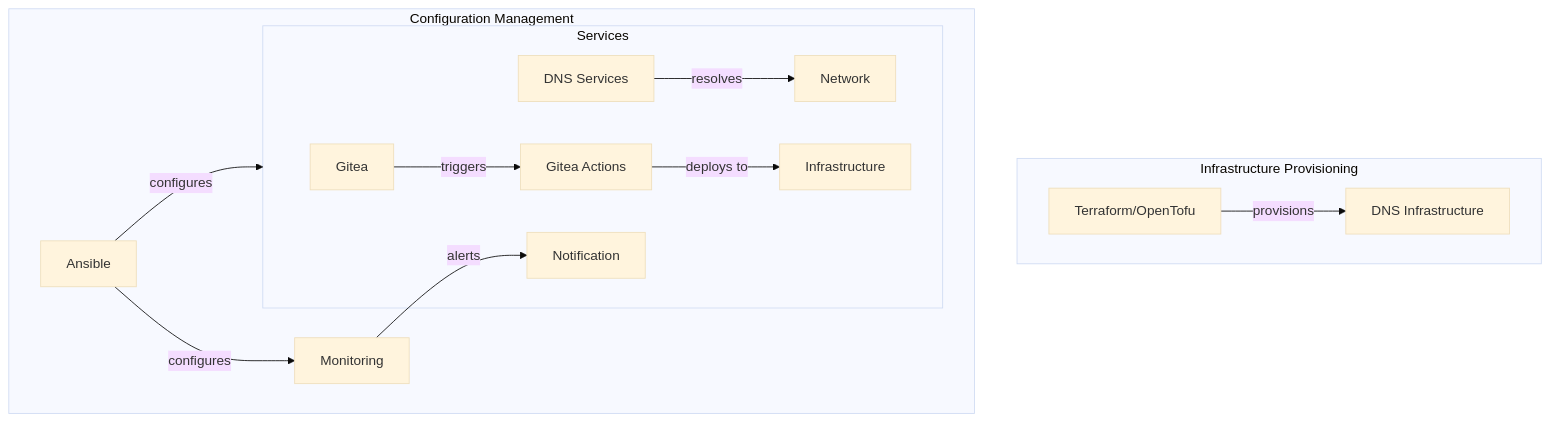
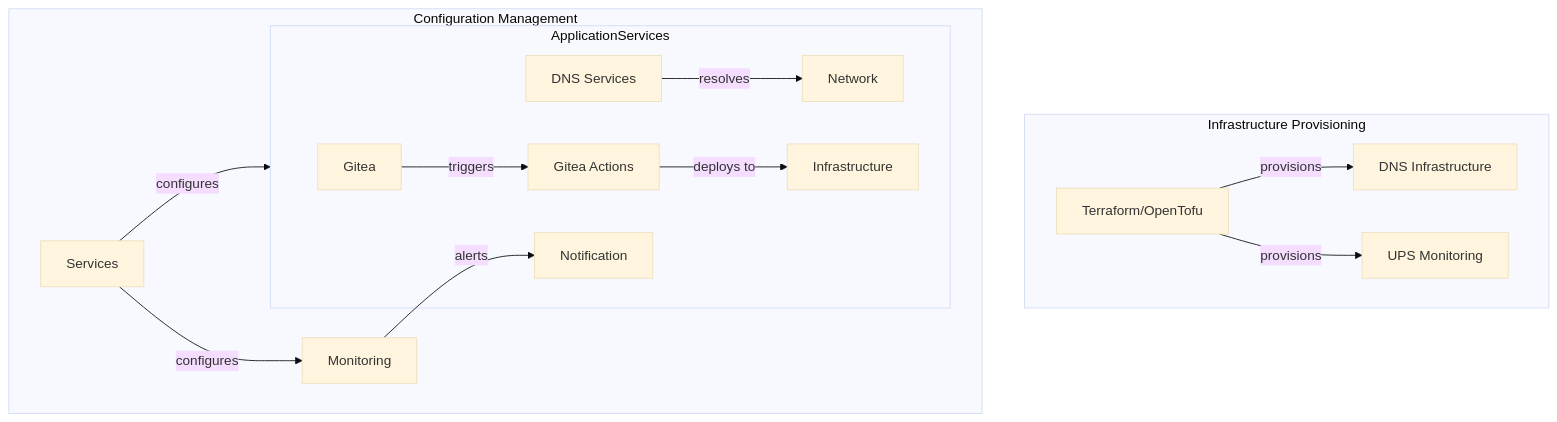
One commit to bdruth/homelab-infra changed the diagram in README.md. Above: the diagram before and after it, drawn with Mermaid (base theme). The commit also changed other lines of this file, not shown here.

````diff
--- a/README.md
+++ b/README.md
@@ -5,18 +5,19 @@
 ```mermaid
 graph TD
     subgraph "Infrastructure Provisioning"
         TF[Terraform/OpenTofu] --> |provisions| DNS[DNS Infrastructure]
+        TF --> |provisions| UPS[UPS Monitoring]
     end
 
     subgraph "Configuration Management"
-        Ansible --> |configures| Services
-        Ansible --> |configures| Monitoring
+        Services[Services] --> |configures| ApplicationServices
+        Services --> |configures| Monitoring
     end
 
-    subgraph "Services"
+    subgraph "ApplicationServices"
         Git[Gitea] --> |triggers| CI[Gitea Actions]
         DNS_Services[DNS Services] --> |resolves| Network
         Monitoring --> |alerts| Notification
         CI --> |deploys to| Infrastructure
     end
 ```
````
